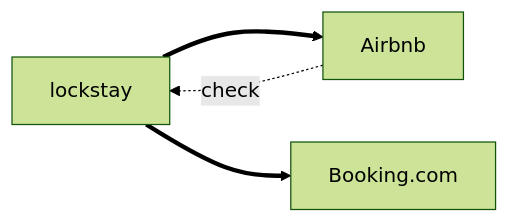
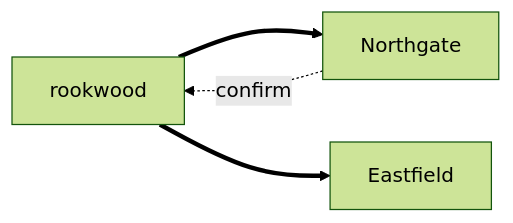
The fourth of 7 diagrams in packages/markdown/corpus/20-architecture-map.md (Neaox/quill), drawn with Mermaid (forest theme) before and after one commit. The commit also changed other lines of this file and 90 other files, not shown here.

````diff
--- a/packages/markdown/corpus/20-architecture-map.md
+++ b/packages/markdown/corpus/20-architecture-map.md
@@ -145,6 +145,6 @@
 ```mermaid
 flowchart LR
-  lockstay ==> airbnb[Airbnb]
-  lockstay ==> booking[Booking.com]
-  airbnb -.->|check| lockstay
+  rookwood ==> northgate[Northgate]
+  rookwood ==> eastfield[Eastfield]
+  northgate -.->|confirm| rookwood
 ```
````
